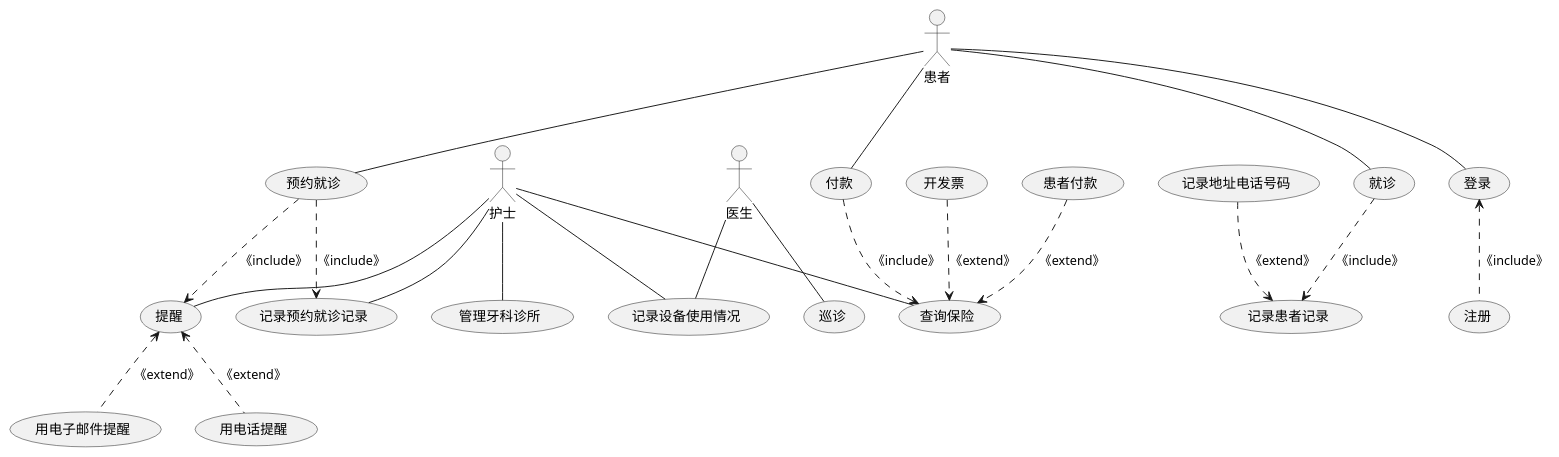
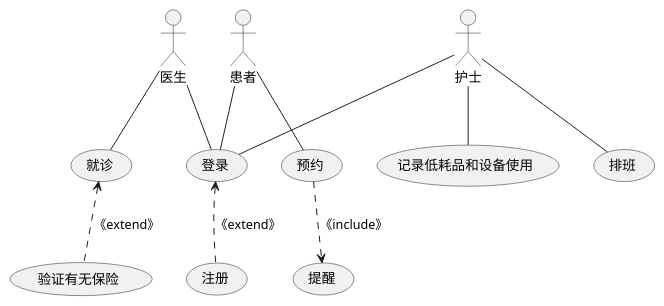
One commit to 20km-shimakaze/SthCode changed the diagram in UML/软件工程/实训1/实训1_1.pu. Above: the diagram before and after it, drawn with PlantUML. The commit also changed 18 other files, not shown here.

```diff
--- a/UML/软件工程/实训1/实训1_1.pu
+++ b/UML/软件工程/实训1/实训1_1.pu
@@ -1,60 +1,30 @@
 @startuml 实训1
 
 actor "患者" as huan
 actor "医生" as yi
 actor "护士" as hu
 
-(预约就诊) as yuyue
-(用电子邮件提醒)
-(用电话提醒)
-(记录预约就诊记录)
-(管理牙科诊所)
+(登录)
+(预约)
+(就诊)
+(记录低耗品和设备使用)
+(排班)
+(验证有无保险)
 (提醒)
-(巡诊)
+(注册)
 
-(就诊)
+huan -- (登录)
+huan -- (预约)
 
+yi -- (登录)
+yi -- (就诊)
 
-(付款)
-(开发票)
-(患者付款)
-(查询保险)
-(记录患者记录)
-(记录地址电话号码)
+hu -- (登录)
+hu -- (记录低耗品和设备使用)
+hu -- (排班)
 
-
-(记录设备使用情况)
-
-hu -- (提醒)
-hu -- (管理牙科诊所)
-hu -- (查询保险)
-
-(提醒) <.. (用电话提醒) :《extend》
-(提醒) <.. (用电子邮件提醒) : 《extend》
-
-yuyue ..> (提醒) :《include》
-
-yi -- (巡诊)
-
-yuyue ..> (记录预约就诊记录) :《include》
-
-(患者付款) ..> (查询保险) : 《extend》
-(开发票) ..> (查询保险) : 《extend》
-
-huan -- yuyue
-huan -- (付款)
-huan -- (就诊)
-huan -- (登录)
-(登录) <.. (注册) :《include》
-
-(付款) ..> (查询保险) :《include》
-
-
-(就诊) ..> (记录患者记录) :《include》
-(记录地址电话号码) ..> (记录患者记录) : 《extend》
-
-yi -- (记录设备使用情况)
-hu -- (记录设备使用情况)
-hu -- (记录预约就诊记录)
+(预约) ..> (提醒) :《include》
+(登录) <.. (注册) : 《extend》
+(就诊) <.. (验证有无保险) : 《extend》
 
 @enduml
```
